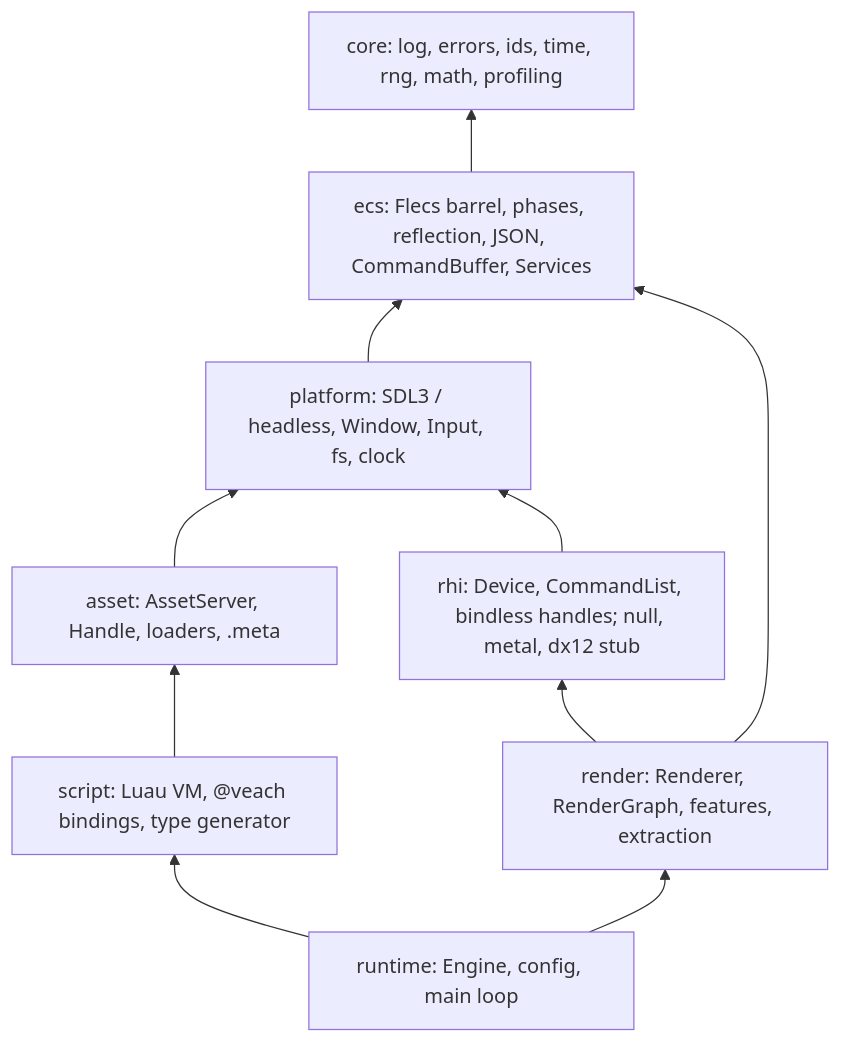
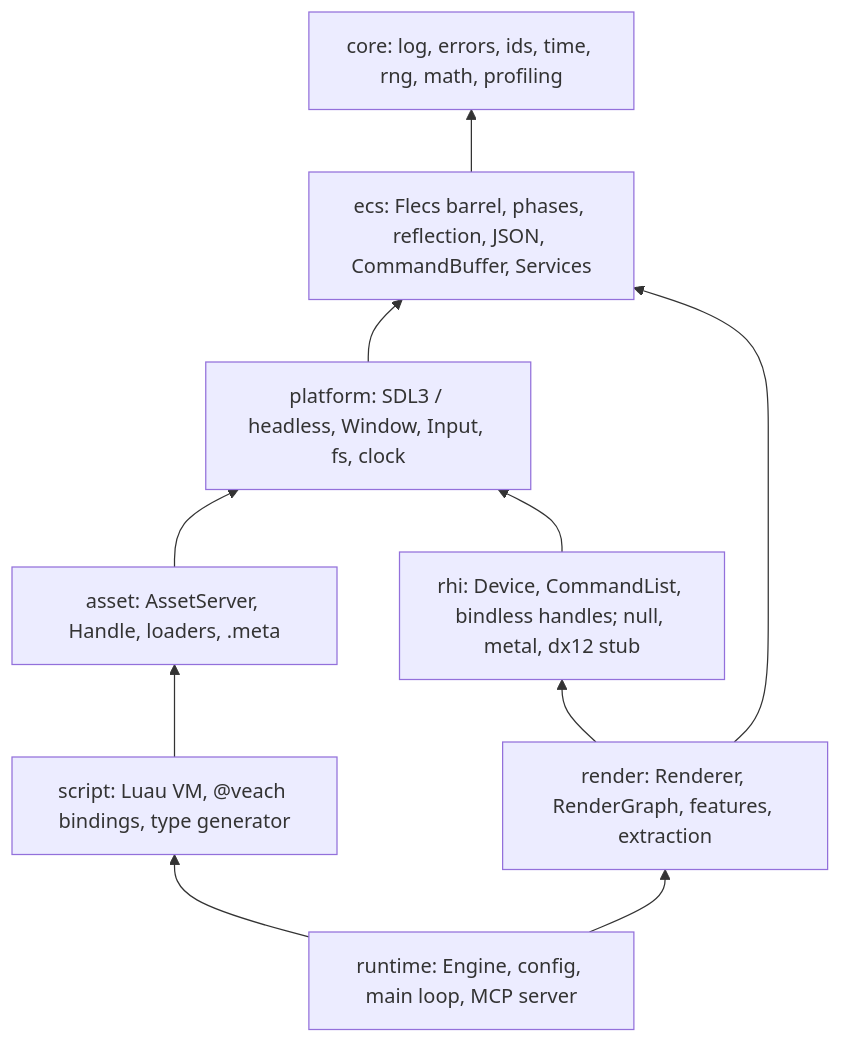
One commit to pdcamargo/veach changed the first of 2 diagrams in docs/ARCHITECTURE.md. Above: the diagram before and after it, drawn with Mermaid. The commit also changed 27 other files, not shown here.

First line of the commit message:
feat(runtime): MCP server v0 over stdio (VCH-003)

````diff
--- a/docs/ARCHITECTURE.md
+++ b/docs/ARCHITECTURE.md
@@ -47,20 +47,20 @@
 ```mermaid
 flowchart BT
     core["core: log, errors, ids, time, rng, math, profiling"]
     ecs["ecs: Flecs barrel, phases, reflection, JSON, CommandBuffer, Services"]
     platform["platform: SDL3 / headless, Window, Input, fs, clock"]
     asset["asset: AssetServer, Handle, loaders, .meta"]
     script["script: Luau VM, @veach bindings, type generator"]
     rhi["rhi: Device, CommandList, bindless handles; null, metal, dx12 stub"]
     render["render: Renderer, RenderGraph, features, extraction"]
-    runtime["runtime: Engine, config, main loop"]
+    runtime["runtime: Engine, config, main loop, MCP server"]
     ecs --> core
     platform --> ecs
     asset --> platform
     script --> asset
     rhi --> platform
     render --> rhi
     render --> ecs
     runtime --> script
     runtime --> render
 ```
````
